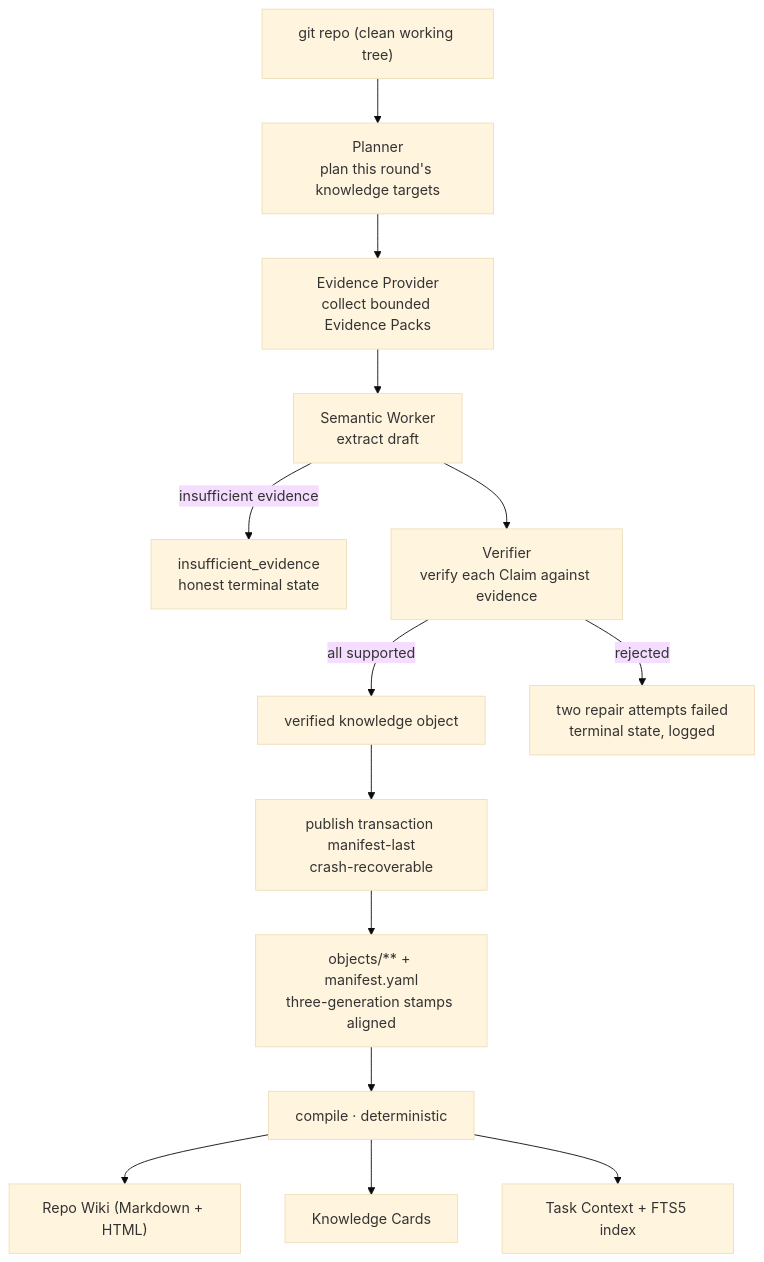
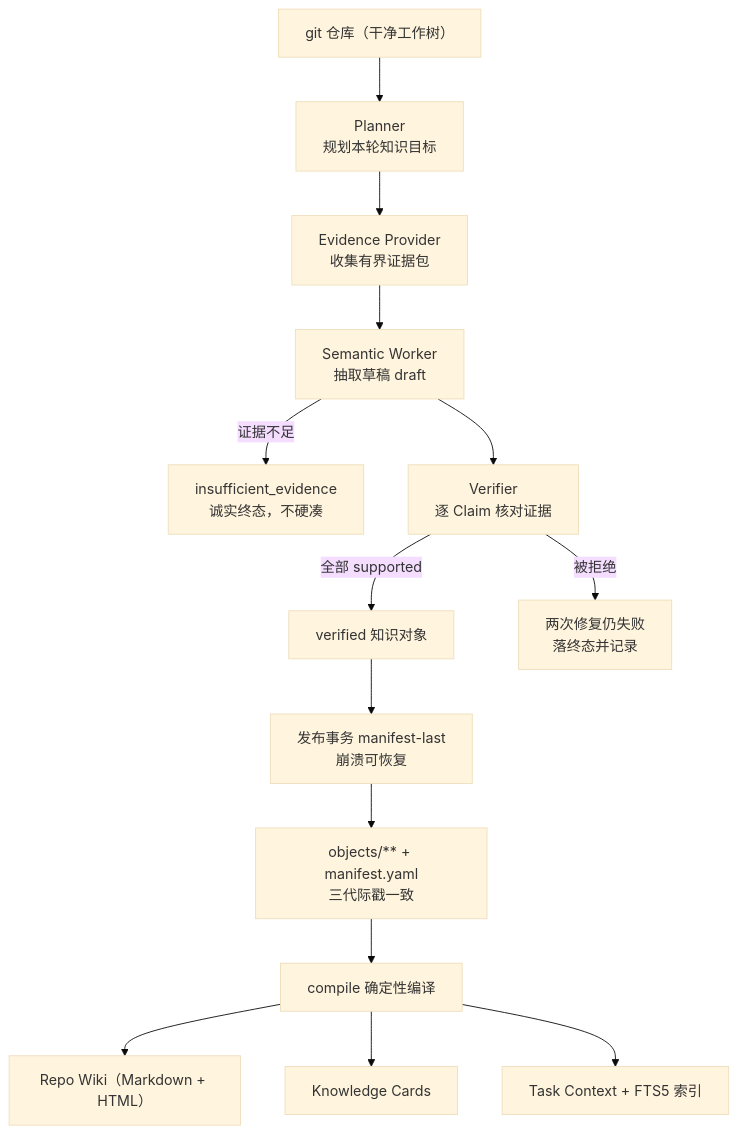
One commit to davyzhong/CodeWiki changed the third of 4 diagrams in README.md. Above: the diagram before and after it, drawn with Mermaid (base theme). The commit also changed other lines of this file, not shown here.

````diff
--- a/README.md
+++ b/README.md
@@ -155,16 +223,16 @@
 ```mermaid
 flowchart TD
-    R["git repo (clean working tree)"] --> P["Planner<br/>plan this round's knowledge targets"]
-    P --> EP["Evidence Provider<br/>collect bounded Evidence Packs"]
-    EP --> W["Semantic Worker<br/>extract draft"]
-    W -->|"insufficient evidence"| IE["insufficient_evidence<br/>honest terminal state"]
-    W --> V["Verifier<br/>verify each Claim against evidence"]
-    V -->|"all supported"| OK["verified knowledge object"]
-    V -->|"rejected"| REJ["two repair attempts failed<br/>terminal state, logged"]
-    OK --> M["publish transaction manifest-last<br/>crash-recoverable"]
-    M --> OBJ["objects/** + manifest.yaml<br/>three-generation stamps aligned"]
-    OBJ --> C["compile · deterministic"]
-    C --> W1["Repo Wiki (Markdown + HTML)"]
+    R["git 仓库（干净工作树）"] --> P["Planner<br/>规划本轮知识目标"]
+    P --> EP["Evidence Provider<br/>收集有界证据包"]
+    EP --> W["Semantic Worker<br/>抽取草稿 draft"]
+    W -->|"证据不足"| IE["insufficient_evidence<br/>诚实终态，不硬凑"]
+    W --> V["Verifier<br/>逐 Claim 核对证据"]
+    V -->|"全部 supported"| OK["verified 知识对象"]
+    V -->|"被拒绝"| REJ["两次修复仍失败<br/>落终态并记录"]
+    OK --> M["发布事务 manifest-last<br/>崩溃可恢复"]
+    M --> OBJ["objects/** + manifest.yaml<br/>三代际戳一致"]
+    OBJ --> C["compile 确定性编译"]
+    C --> W1["Repo Wiki（Markdown + HTML）"]
     C --> W2["Knowledge Cards"]
-    C --> W3["Task Context + FTS5 index"]
+    C --> W3["Task Context + FTS5 索引"]
 ```
````
